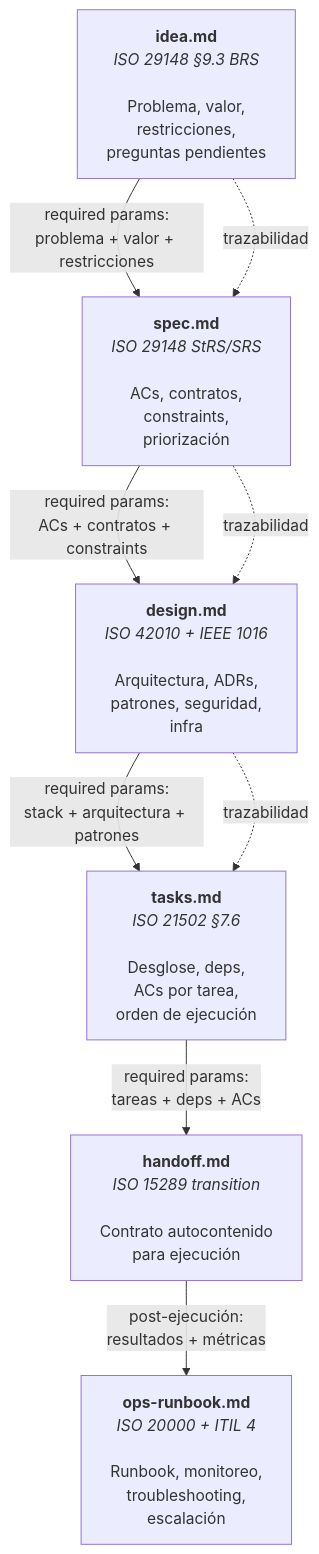
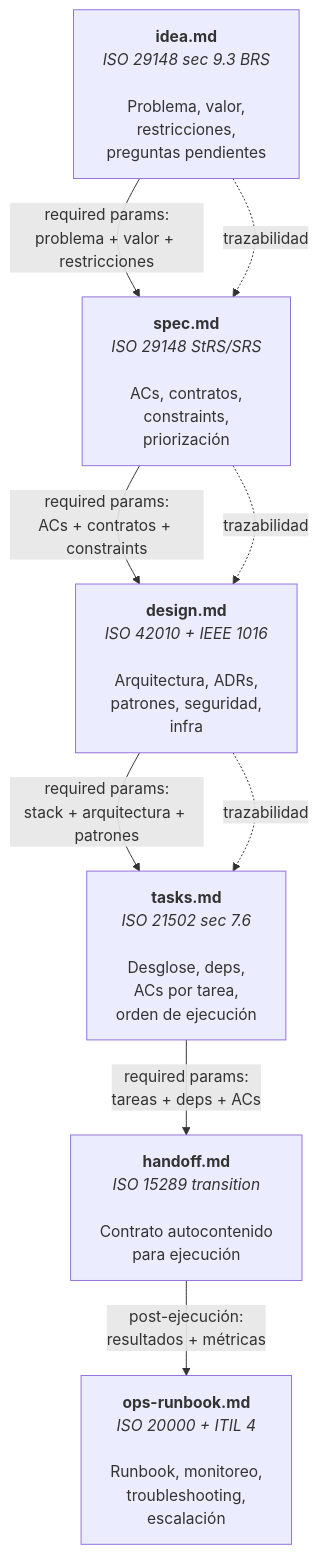
Before and after one commit to virgenherrera/idea-to-mvp: the sixth of 19 diagrams in docs/artifact-model.md, drawn with Mermaid. The commit also changed other lines of this file and 6 other files, not shown here.

````diff
--- a/docs/artifact-model.md
+++ b/docs/artifact-model.md
@@ -763,24 +766,24 @@
 ```mermaid
 flowchart TD
-    IDEA["<b>idea.md</b>\n<i>ISO 29148 §9.3 BRS</i>\n\nProblema, valor,\nrestricciones,\npreguntas pendientes"]
+    IDEA["<b>idea.md</b>\n<i>ISO 29148 sec 9.3 BRS</i>\n\nProblema, valor,\nrestricciones,\npreguntas pendientes"]
 
     SPEC["<b>spec.md</b>\n<i>ISO 29148 StRS/SRS</i>\n\nACs, contratos,\nconstraints,\npriorización"]
 
     DESIGN["<b>design.md</b>\n<i>ISO 42010 + IEEE 1016</i>\n\nArquitectura, ADRs,\npatrones, seguridad,\ninfra"]
 
-    TASKS["<b>tasks.md</b>\n<i>ISO 21502 §7.6</i>\n\nDesglose, deps,\nACs por tarea,\norden de ejecución"]
+    TASKS["<b>tasks.md</b>\n<i>ISO 21502 sec 7.6</i>\n\nDesglose, deps,\nACs por tarea,\norden de ejecución"]
 
     HANDOFF["<b>handoff.md</b>\n<i>ISO 15289 transition</i>\n\nContrato autocontenido\npara ejecución"]
 
     OPS["<b>ops-runbook.md</b>\n<i>ISO 20000 + ITIL 4</i>\n\nRunbook, monitoreo,\ntroubleshooting,\nescalación"]
 
     IDEA -->|"required params:\nproblema + valor + restricciones"| SPEC
     SPEC -->|"required params:\nACs + contratos + constraints"| DESIGN
     DESIGN -->|"required params:\nstack + arquitectura + patrones"| TASKS
     TASKS -->|"required params:\ntareas + deps + ACs"| HANDOFF
     HANDOFF -->|"post-ejecución:\nresultados + métricas"| OPS
 
     IDEA -.->|"trazabilidad"| SPEC
     SPEC -.->|"trazabilidad"| DESIGN
     DESIGN -.->|"trazabilidad"| TASKS
 ```
````
